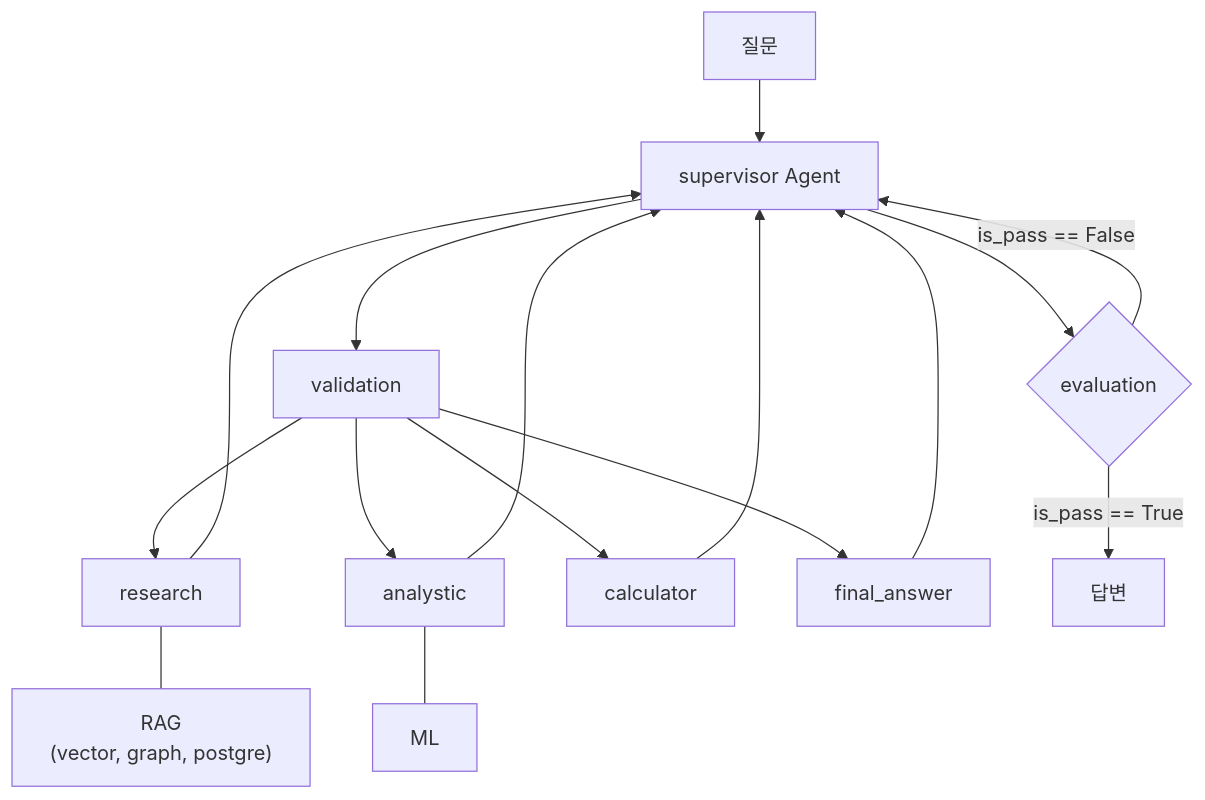
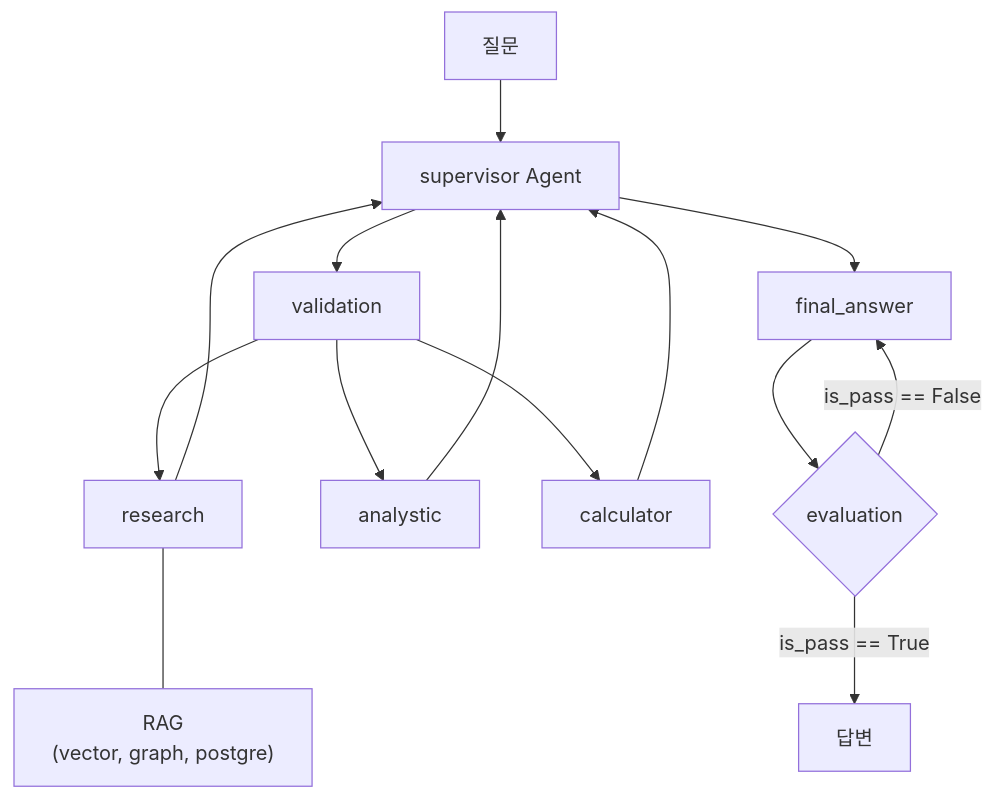
Before and after one commit to SKNETWORKS-FAMILY-AICAMP/SKN27-3rd-1TEAM: the first of 4 diagrams in docs/final_answer_design.md, drawn with Mermaid. The commit also changed other lines of this file and 1 other file, not shown here.

Commit message:
common 폴더 규칙 적용 및 에이전트 흐름도 적용

````diff
--- a/docs/final_answer_design.md
+++ b/docs/final_answer_design.md
@@ -156,22 +156,18 @@
 ```mermaid
 flowchart TD
     A["질문"] --> B["supervisor Agent"]
     B --> C["validation"]
 
     C --> D["research"]
     C --> E["analystic"]
     C --> F["calculator"]
-    C --> G["final_answer"]
+    B --> G["final_answer"]
 
     D --- D1["RAG<br/>(vector, graph, postgre)"]
-    E --- E1["ML"]
-
     D --> B
     E --> B
     F --> B
-    G --> B
-
-    B --> H{"evaluation"}
-    H -->|"is_pass == False"| B
+    G --> H{"evaluation"}
+    H -->|"is_pass == False"| G
     H -->|"is_pass == True"| I["답변"]
 ```
````
